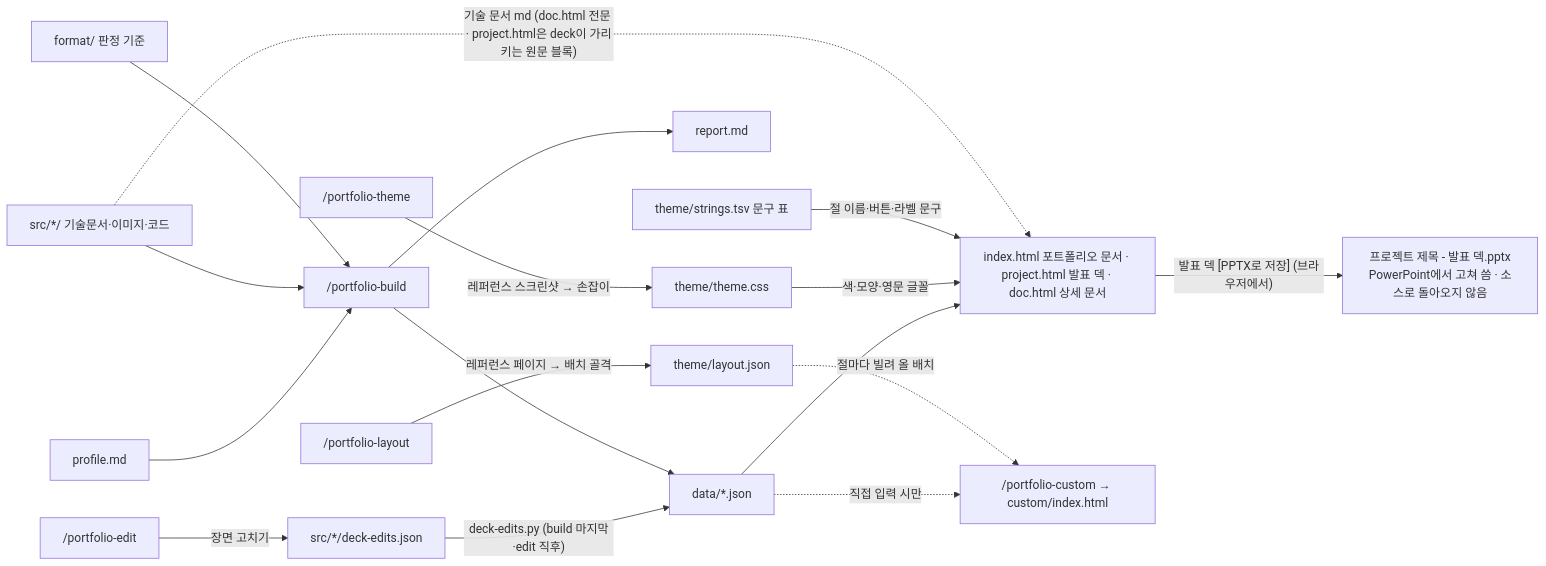
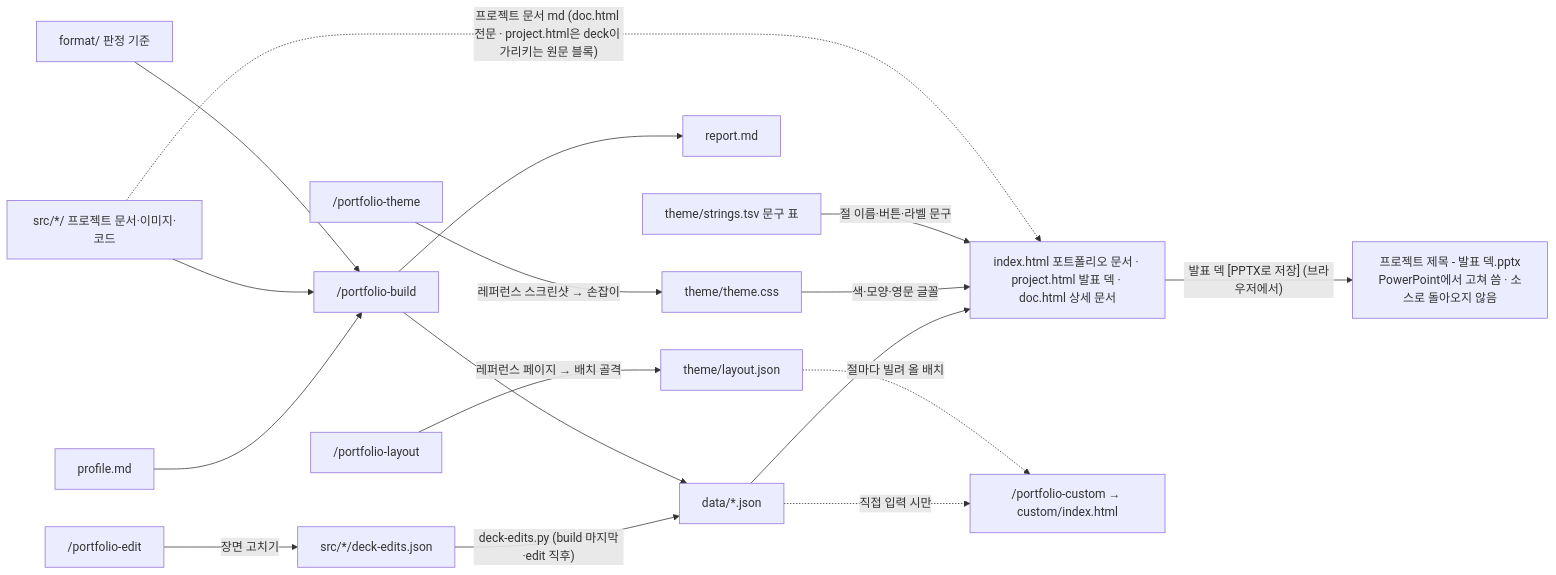
The diagram in CLAUDE.md (Gryphon34/portfolio-template), drawn with Mermaid before and after one commit. The commit also changed other lines of this file and 37 other files, not shown here.

````diff
--- a/CLAUDE.md
+++ b/CLAUDE.md
@@ -42,19 +42,19 @@
 ```mermaid
 flowchart LR
     P["profile.md"] --> B["/portfolio-build"]
-    S["src/*/ 기술문서·이미지·코드"] --> B
+    S["src/*/ 프로젝트 문서·이미지·코드"] --> B
     F["format/ 판정 기준"] --> B
     E["/portfolio-edit"] -->|"장면 고치기"| X["src/*/deck-edits.json"]
     X -->|"deck-edits.py (build 마지막·edit 직후)"| D
     B --> D["data/*.json"]
     B --> R["report.md"]
     D --> I["index.html 포트폴리오 문서 · project.html 발표 덱 · doc.html 상세 문서"]
     T["/portfolio-theme"] -->|"레퍼런스 스크린샷 → 손잡이"| TC["theme/theme.css"]
     TC -->|"색·모양·영문 글꼴"| I
     SR["theme/strings.tsv 문구 표"] -->|"절 이름·버튼·라벨 문구"| I
-    S -.->|"기술 문서 md (doc.html 전문 · project.html은 deck이 가리키는 원문 블록)"| I
+    S -.->|"프로젝트 문서 md (doc.html 전문 · project.html은 deck이 가리키는 원문 블록)"| I
     D -.->|"직접 입력 시만"| C["/portfolio-custom → custom/index.html"]
     LY["/portfolio-layout"] -->|"레퍼런스 페이지 → 배치 골격"| LJ["theme/layout.json"]
     LJ -.->|"절마다 빌려 올 배치"| C
     I -->|"발표 덱 [PPTX로 저장] (브라우저에서)"| PX["프로젝트 제목 - 발표 덱.pptx<br/>PowerPoint에서 고쳐 씀 · 소스로 돌아오지 않음"]
 ```
````
